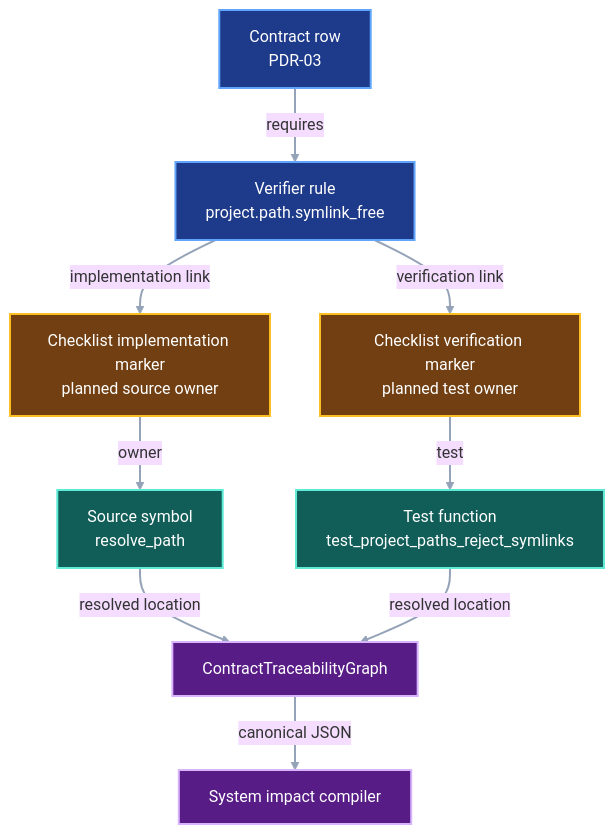
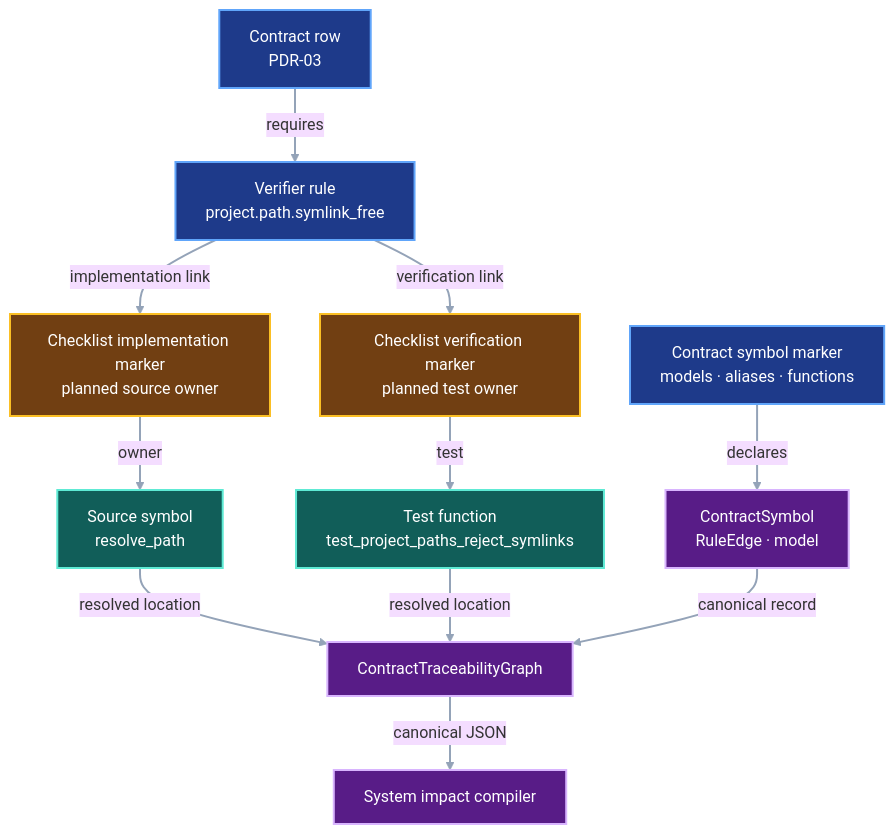
One commit to pvd232/viper changed the third of 3 diagrams in docs/development/contract-traceability.md. Above: the diagram before and after it, drawn with Mermaid (base theme). The commit also changed other lines of this file and 21 other files, not shown here.

````diff
--- a/docs/development/contract-traceability.md
+++ b/docs/development/contract-traceability.md
@@ -183,30 +194,34 @@
 ```mermaid
 flowchart TD
     Contract["Contract row<br/>PDR-03"]
     Rule["Verifier rule<br/>project.path.symlink_free"]
     Task["Checklist implementation marker<br/>planned source owner"]
     Source["Source symbol<br/>resolve_path"]
     TestMarker["Checklist verification marker<br/>planned test owner"]
     Test["Test function<br/>test_project_paths_reject_symlinks"]
+    Inventory["Contract symbol marker<br/>models · aliases · functions"]
+    Symbol["ContractSymbol<br/>RuleEdge · model"]
     Graph["ContractTraceabilityGraph"]
     System["System impact compiler"]
 
     Contract -->|"requires"| Rule
     Rule -->|"implementation link"| Task
     Task -->|"owner"| Source
     Rule -->|"verification link"| TestMarker
     TestMarker -->|"test"| Test
     Source -->|"resolved location"| Graph
     Test -->|"resolved location"| Graph
+    Inventory -->|"declares"| Symbol
+    Symbol -->|"canonical record"| Graph
     Graph -->|"canonical JSON"| System
 
-    class Contract,Rule contract
+    class Contract,Rule,Inventory contract
     class Task,TestMarker checklist
     class Source,Test implementation
-    class Graph,System output
+    class Symbol,Graph,System output
     classDef contract fill:#1e3a8a,stroke:#60a5fa,color:#ffffff,stroke-width:2px
     classDef checklist fill:#713f12,stroke:#fbbf24,color:#ffffff,stroke-width:2px
     classDef implementation fill:#115e59,stroke:#5eead4,color:#ffffff,stroke-width:2px
     classDef output fill:#581c87,stroke:#d8b4fe,color:#ffffff,stroke-width:2px
     linkStyle default stroke:#94a3b8,stroke-width:2px
 ```
````
